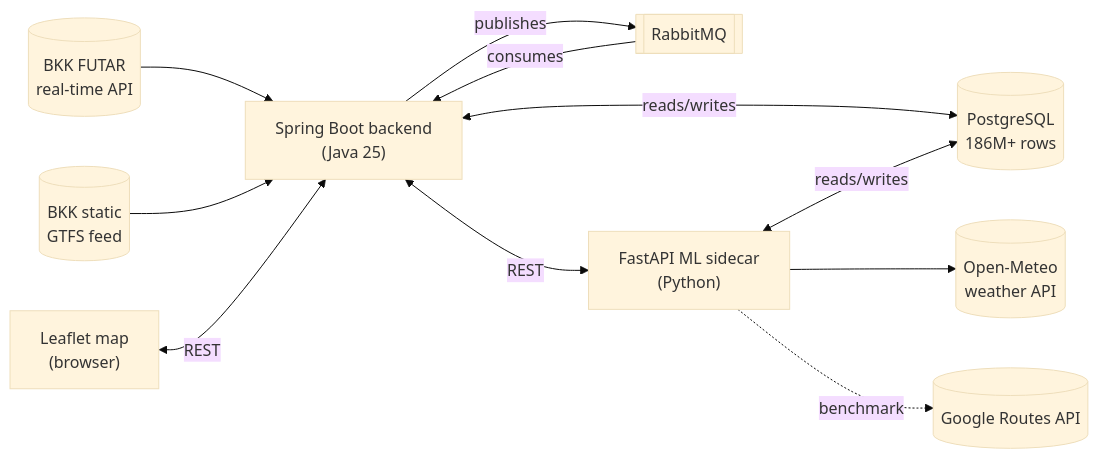
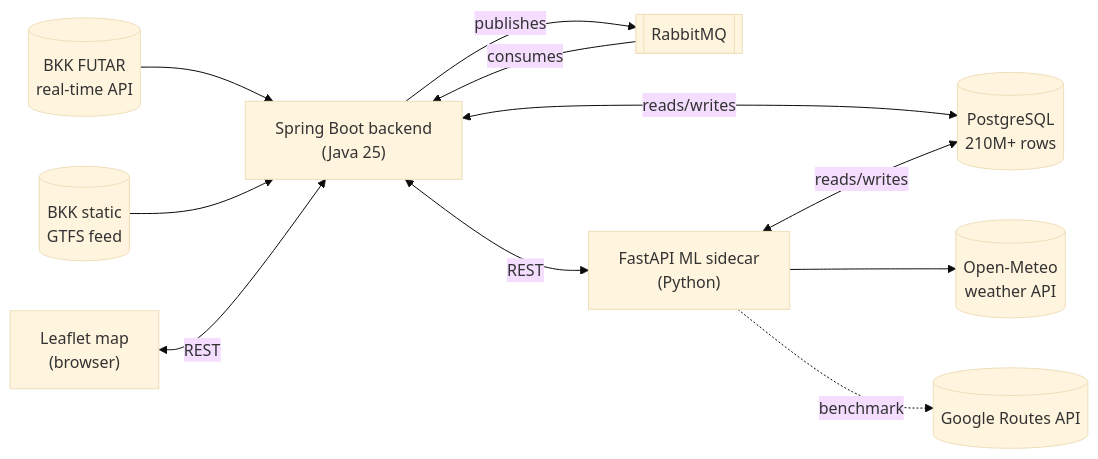
The diagram in README.md (ilkericoz/bkk-transit-app), drawn with Mermaid (base theme) before and after one commit. The commit also changed other lines of this file and 2 other files, not shown here.

````diff
--- a/README.md
+++ b/README.md
@@ -28,13 +24,13 @@
 ```mermaid
 flowchart LR
     BKK[("BKK FUTAR\nreal-time API")] --> Java
     GTFS[("BKK static\nGTFS feed")] --> Java
     Java["Spring Boot backend\n(Java 25)"] -->|publishes| MQ[["RabbitMQ"]]
     MQ -->|consumes| Java
-    Java <-->|reads/writes| PG[("PostgreSQL\n186M+ rows")]
+    Java <-->|reads/writes| PG[("PostgreSQL\n210M+ rows")]
     Java <-->|REST| Sidecar["FastAPI ML sidecar\n(Python)"]
     Sidecar <-->|reads/writes| PG
     Sidecar --> Weather[("Open-Meteo\nweather API")]
     Sidecar -.benchmark.-> Google[("Google Routes API")]
     Browser["Leaflet map\n(browser)"] <-->|REST| Java
 ```
````
